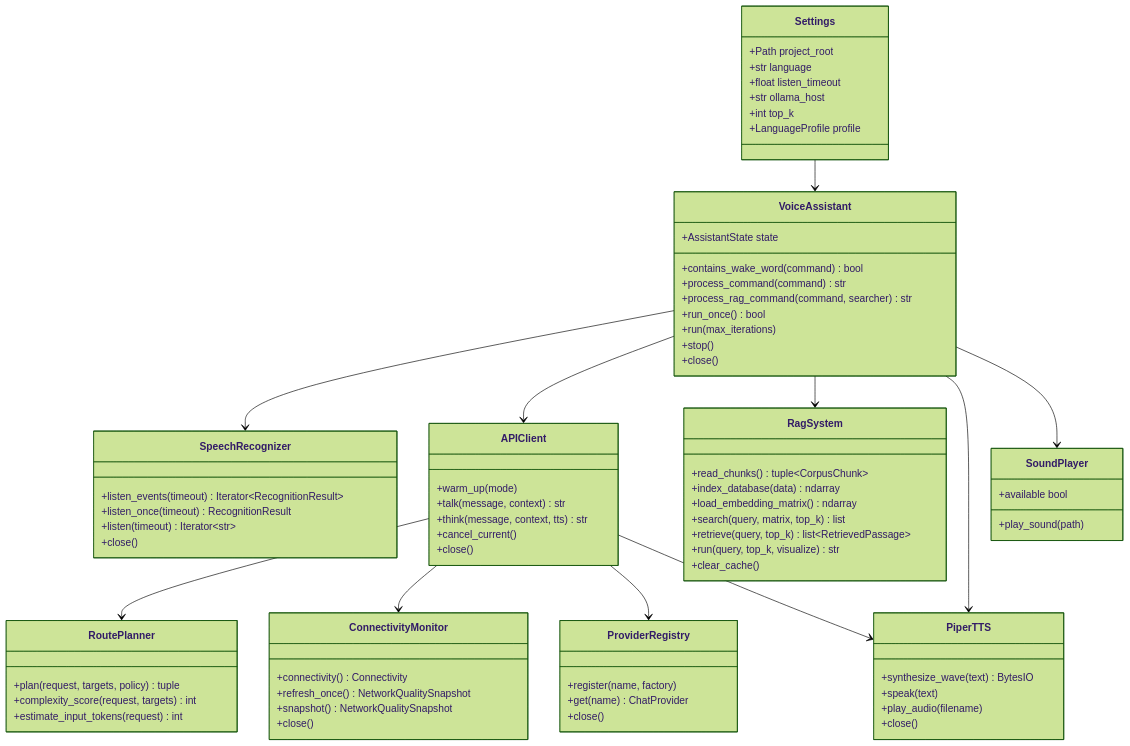
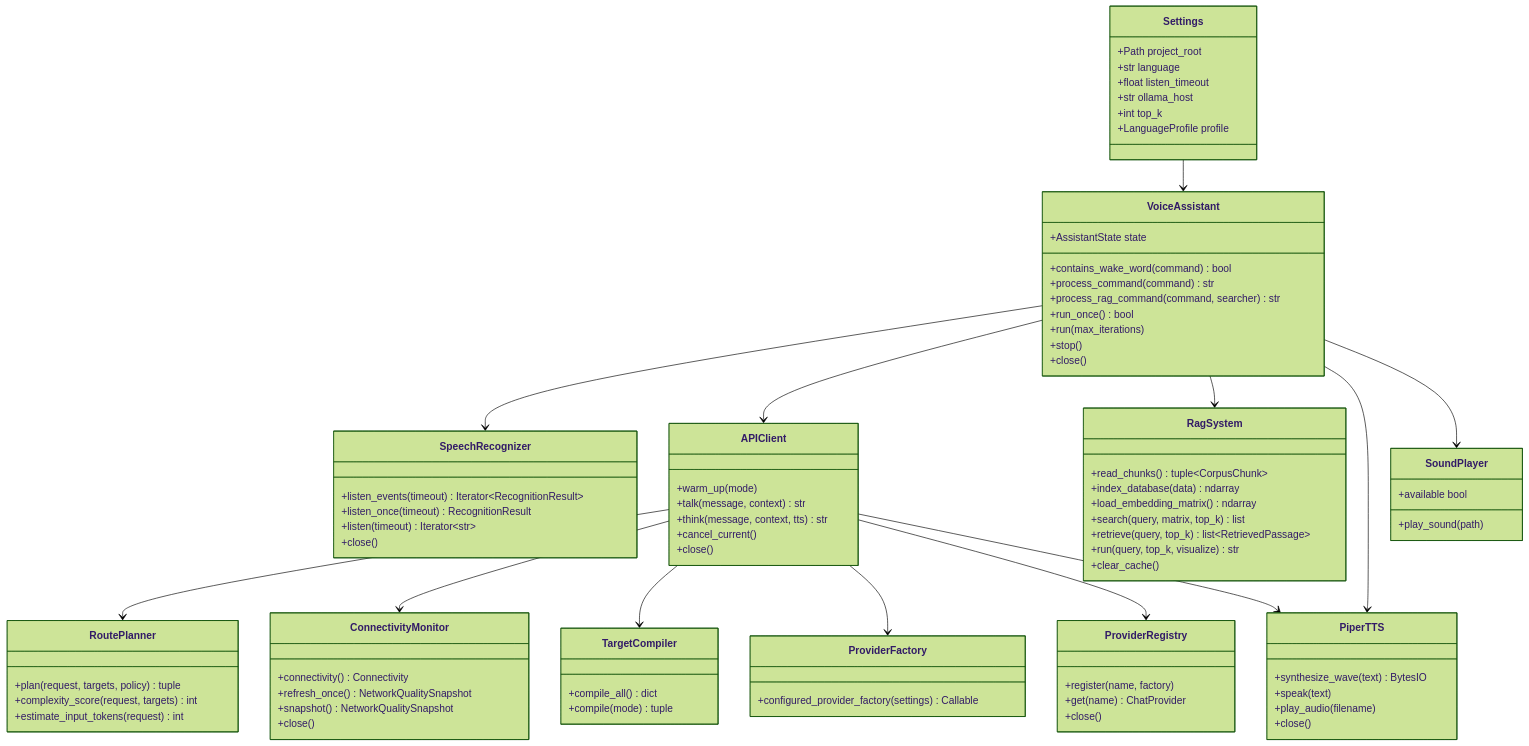
The second of 6 diagrams in README.md (UbiquitousDynamics/helios-ai-jetson-framework), drawn with Mermaid (forest theme) before and after one commit. The commit also changed other lines of this file and 5 other files, not shown here.

```diff
--- a/README.md
+++ b/README.md
@@ -253,6 +253,15 @@
         +close()
     }
 
+    class TargetCompiler {
+        +compile_all() dict
+        +compile(mode) tuple
+    }
+
+    class ProviderFactory {
+        +configured_provider_factory(settings) Callable
+    }
+
     class RagSystem {
         +read_chunks() tuple~CorpusChunk~
         +index_database(data) ndarray
@@ -280,6 +289,8 @@
     VoiceAssistant --> APIClient
     APIClient --> RoutePlanner
     APIClient --> ConnectivityMonitor
+    APIClient --> TargetCompiler
+    APIClient --> ProviderFactory
     APIClient --> ProviderRegistry
     VoiceAssistant --> RagSystem
     VoiceAssistant --> PiperTTS
```
